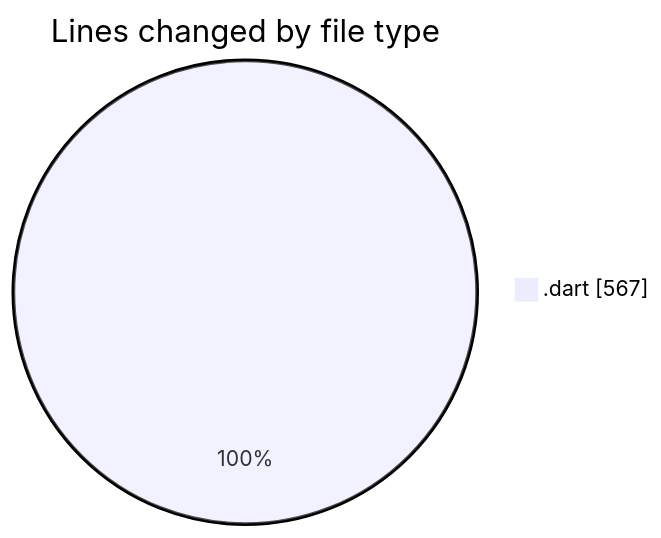
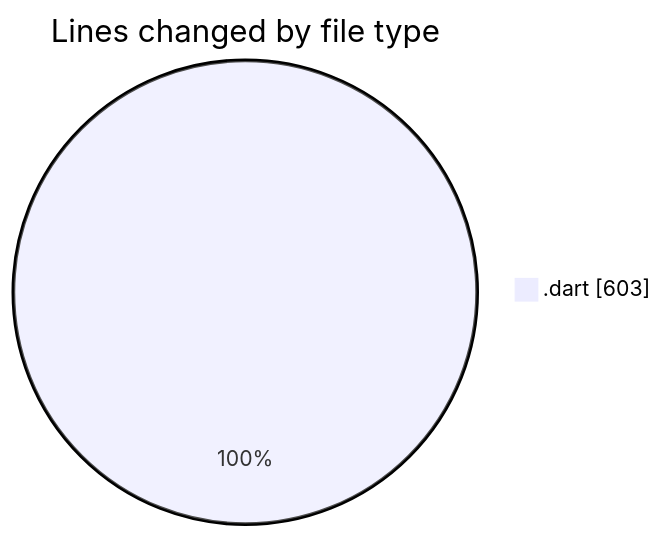
The first of 2 diagrams in 2025-01-26/trackers_app/README.md (donsfak/code-tracking), drawn with Mermaid before and after one commit. The commit also changed other lines of this file and 1 other file, not shown here.

````diff
--- a/2025-01-26/trackers_app/README.md
+++ b/2025-01-26/trackers_app/README.md
@@ -24,5 +24,5 @@
 ```mermaid
 pie showData
 title Lines changed by file type
-".dart" : 567
+".dart" : 603
 ```
````
